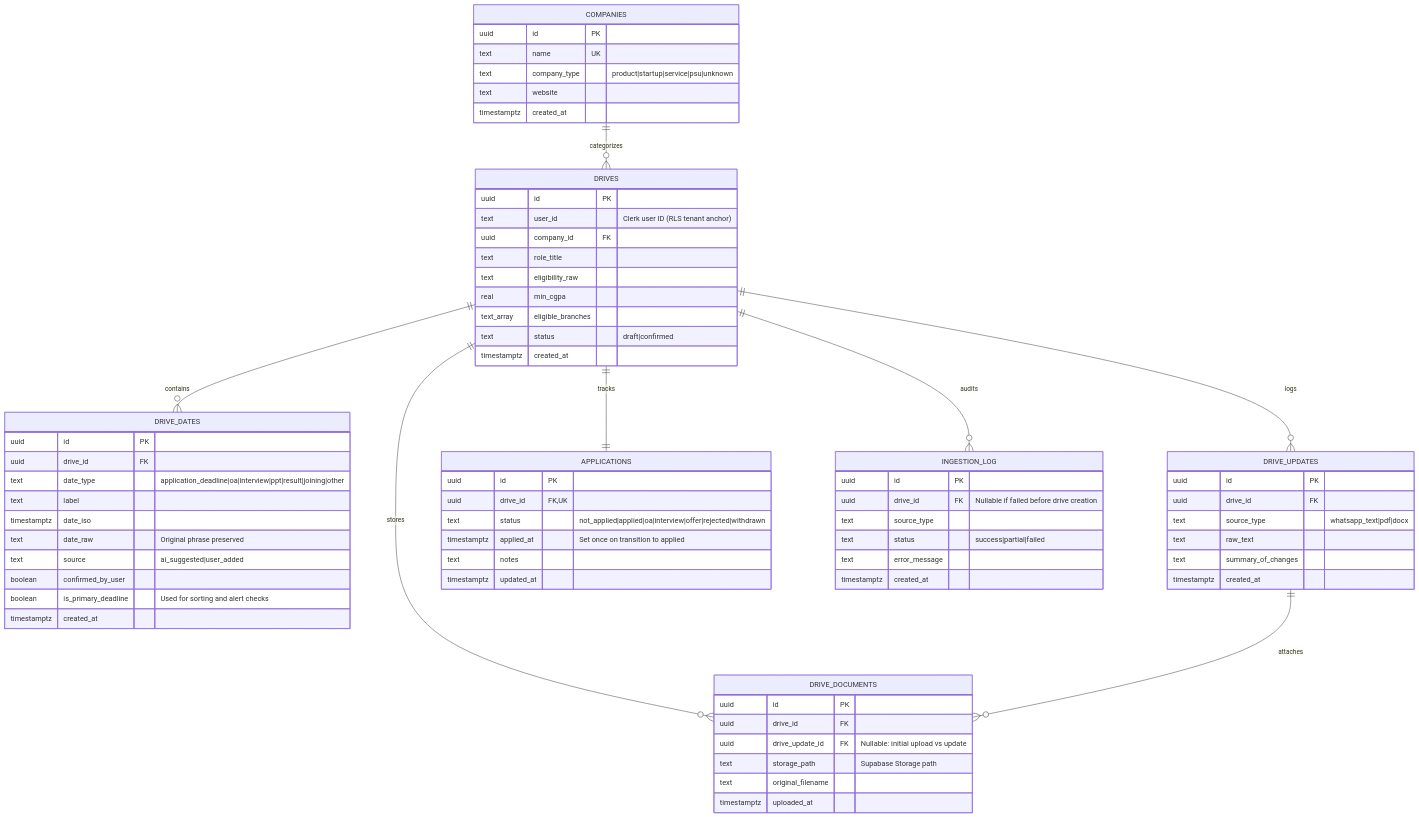
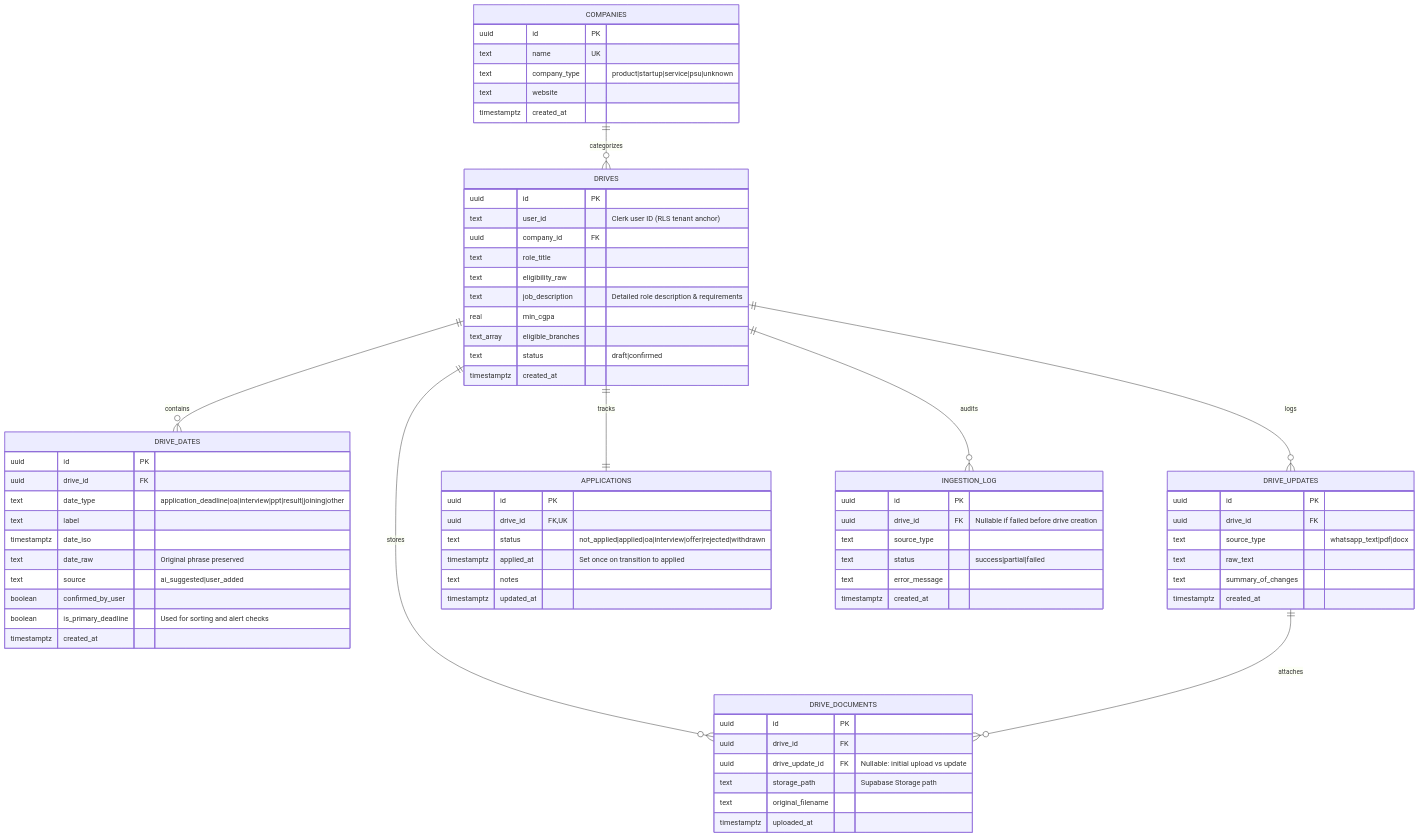
One commit to Keval2609/Placement_Tracker changed the second of 2 diagrams in README.md. Above: the diagram before and after it, drawn with Mermaid. The commit also changed other lines of this file, not shown here.

Commit message:
docs: update README with off-campus tracking, pipeline retention, and job details display

````diff
--- a/README.md
+++ b/README.md
@@ -81,79 +85,80 @@
 ```mermaid
 erDiagram
     COMPANIES ||--o{ DRIVES : "categorizes"
     DRIVES ||--o{ DRIVE_DATES : "contains"
     DRIVES ||--o{ DRIVE_UPDATES : "logs"
     DRIVES ||--o{ DRIVE_DOCUMENTS : "stores"
     DRIVES ||--|| APPLICATIONS : "tracks"
     DRIVES ||--o{ INGESTION_LOG : "audits"
     DRIVE_UPDATES ||--o{ DRIVE_DOCUMENTS : "attaches"
 
     COMPANIES {
         uuid id PK
         text name UK
         text company_type "product|startup|service|psu|unknown"
         text website
         timestamptz created_at
     }
 
     DRIVES {
         uuid id PK
         text user_id "Clerk user ID (RLS tenant anchor)"
         uuid company_id FK
         text role_title
         text eligibility_raw
+        text job_description "Detailed role description & requirements"
         real min_cgpa
         text_array eligible_branches
         text status "draft|confirmed"
         timestamptz created_at
     }
 
     DRIVE_DATES {
         uuid id PK
         uuid drive_id FK
         text date_type "application_deadline|oa|interview|ppt|result|joining|other"
         text label
         timestamptz date_iso
         text date_raw "Original phrase preserved"
         text source "ai_suggested|user_added"
         boolean confirmed_by_user
         boolean is_primary_deadline "Used for sorting and alert checks"
         timestamptz created_at
     }
 
     DRIVE_UPDATES {
         uuid id PK
         uuid drive_id FK
         text source_type "whatsapp_text|pdf|docx"
         text raw_text
         text summary_of_changes
         timestamptz created_at
     }
 
     DRIVE_DOCUMENTS {
         uuid id PK
         uuid drive_id FK
         uuid drive_update_id FK "Nullable: initial upload vs update"
         text storage_path "Supabase Storage path"
         text original_filename
         timestamptz uploaded_at
     }
 
     APPLICATIONS {
         uuid id PK
         uuid drive_id FK,UK
         text status "not_applied|applied|oa|interview|offer|rejected|withdrawn"
         timestamptz applied_at "Set once on transition to applied"
         text notes
         timestamptz updated_at
     }
 
     INGESTION_LOG {
         uuid id PK
         uuid drive_id FK "Nullable if failed before drive creation"
         text source_type
         text status "success|partial|failed"
         text error_message
         timestamptz created_at
     }
 ```
````
